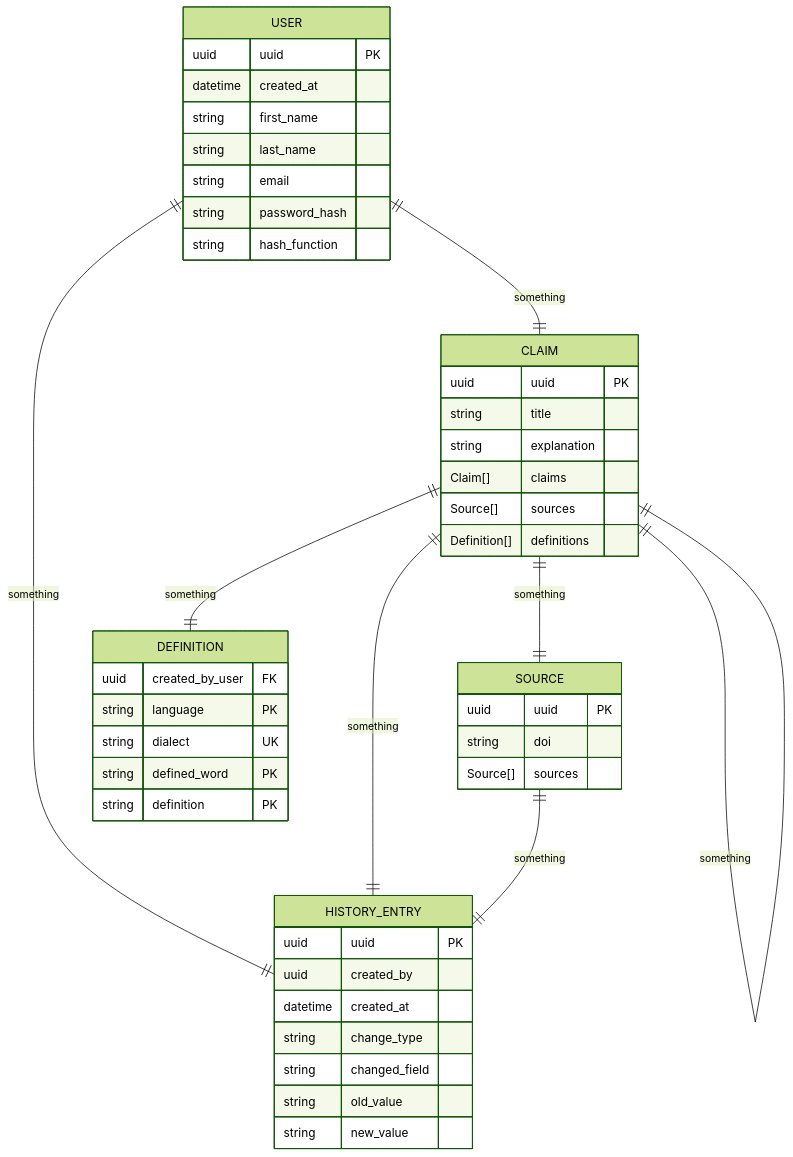
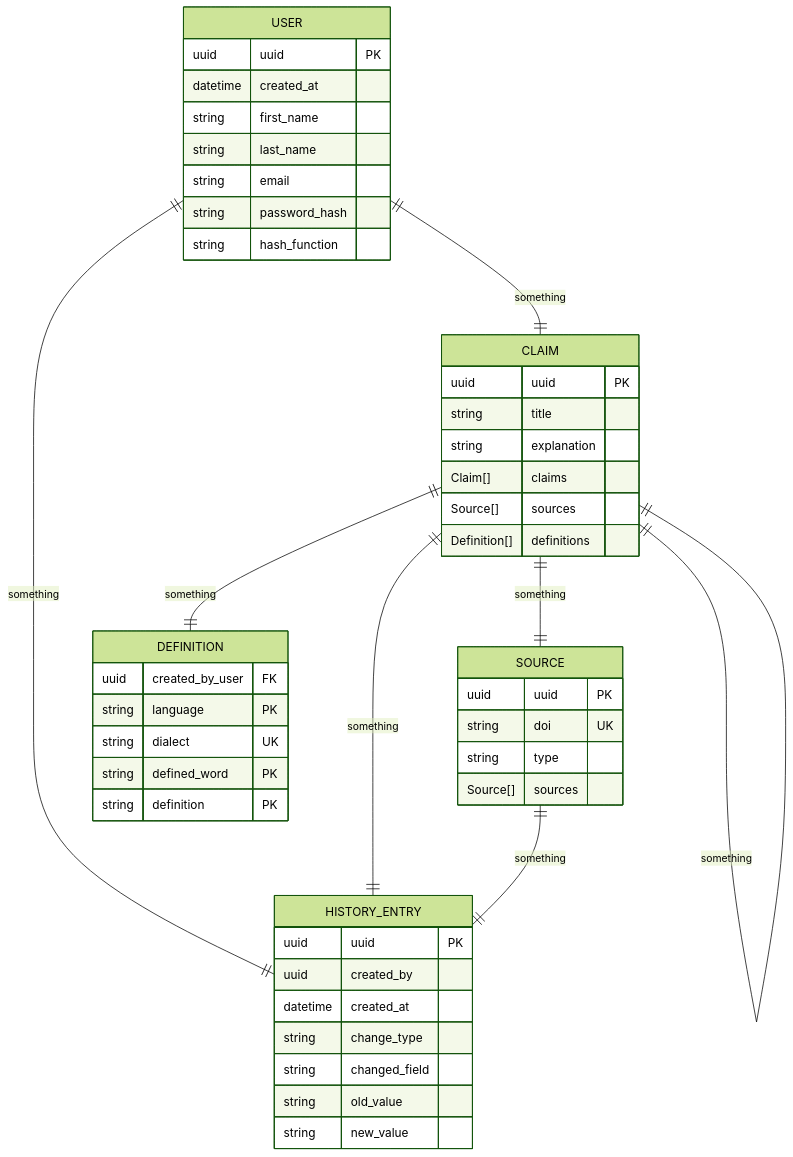
The diagram in docs/implementation/data-structure.md (Goga-Barabadze/shelley), drawn with Mermaid (forest theme) before and after one commit. The commit also changed 1 other file, not shown here.

Commit message:
feat: add bugs and repo to package.json

````diff
--- a/docs/implementation/data-structure.md
+++ b/docs/implementation/data-structure.md
@@ -3,62 +3,54 @@
 ```mermaid
 erDiagram
     USER {
         uuid uuid PK
         datetime created_at
-
         string first_name
         string last_name
-
         string email
         string password_hash
         string hash_function
     }
 
     CLAIM {
         uuid uuid PK
-
         string title
         string explanation
-
         Claim[] claims
         Source[] sources
         Definition[] definitions
     }
 
     SOURCE {
         uuid uuid PK
-        string doi
+        string doi UK
+        string type
         Source[] sources
     }
 
     DEFINITION {
         uuid created_by_user FK
-
         string language PK
         string dialect UK
         string defined_word PK
         string definition PK
     }
 
     HISTORY_ENTRY {
         uuid uuid PK
         uuid created_by
         datetime created_at
-
         string change_type
         string changed_field
         string old_value
         string new_value
     }
 
     USER ||--|| HISTORY_ENTRY : something
+    USER ||--|| CLAIM : something
     CLAIM ||--|| HISTORY_ENTRY : something
     SOURCE ||--|| HISTORY_ENTRY : something
-
     CLAIM ||--|| DEFINITION : something
-
     CLAIM ||--|| CLAIM : something
     CLAIM ||--|| SOURCE : something
-
-    USER ||--|| CLAIM : something
 ```
````
